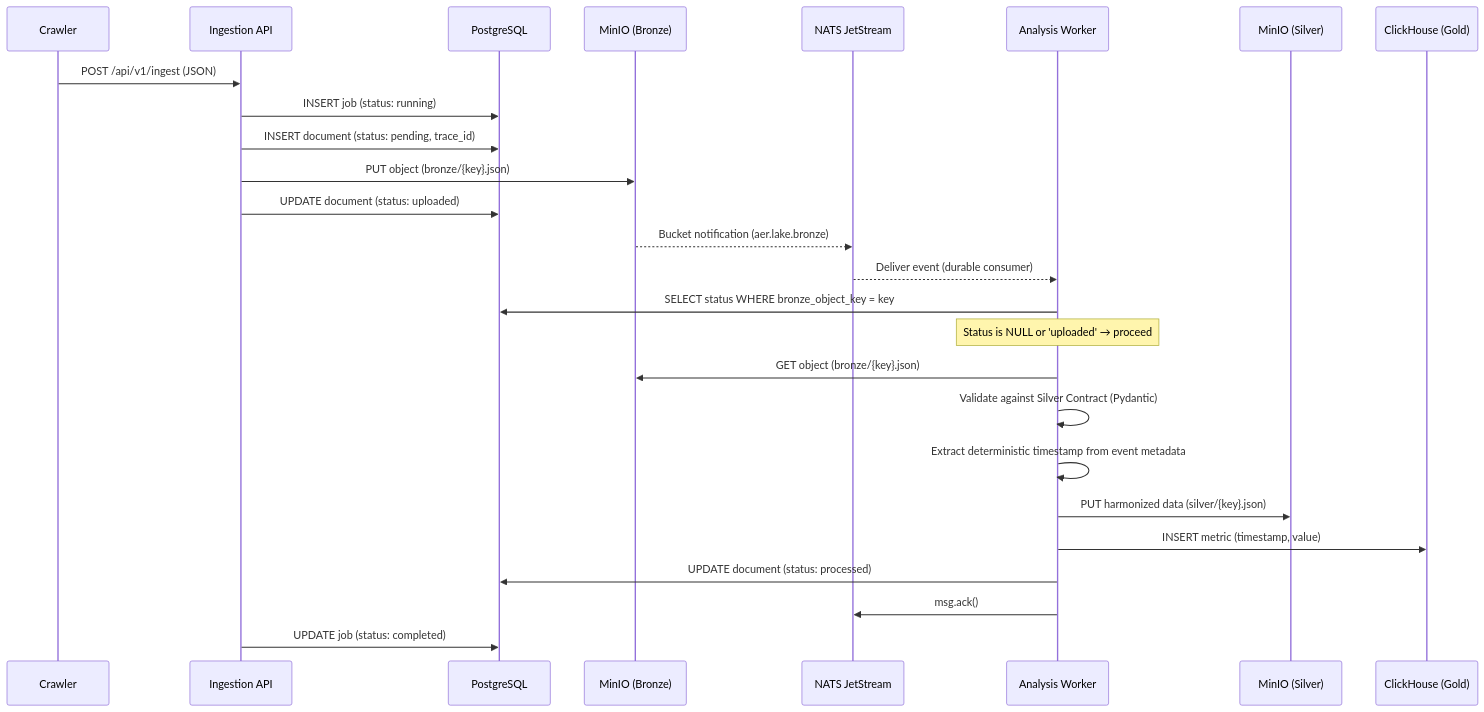
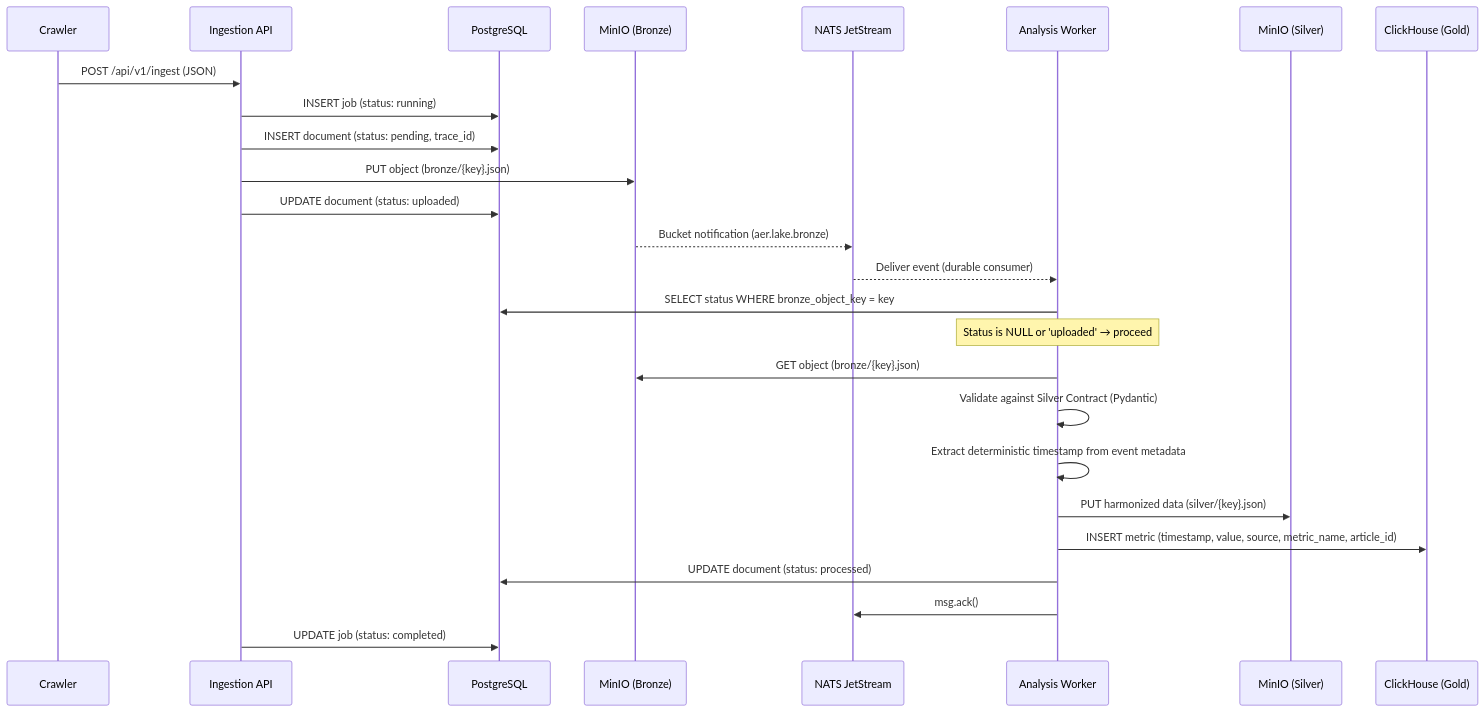
Before and after one commit to frogfromlake/aer: the first of 2 diagrams in docs/arc42/06_runtime_view.md, drawn with Mermaid. The commit also changed other lines of this file and 6 other files, not shown here.

````diff
--- a/docs/arc42/06_runtime_view.md
+++ b/docs/arc42/06_runtime_view.md
@@ -9,29 +9,29 @@
 ```mermaid
 sequenceDiagram
     participant C as Crawler
     participant I as Ingestion API
     participant PG as PostgreSQL
     participant M as MinIO (Bronze)
     participant N as NATS JetStream
     participant W as Analysis Worker
     participant MS as MinIO (Silver)
     participant CH as ClickHouse (Gold)
 
     C->>I: POST /api/v1/ingest (JSON)
     I->>PG: INSERT job (status: running)
     I->>PG: INSERT document (status: pending, trace_id)
     I->>M: PUT object (bronze/{key}.json)
     I->>PG: UPDATE document (status: uploaded)
     M-->>N: Bucket notification (aer.lake.bronze)
     N-->>W: Deliver event (durable consumer)
     W->>PG: SELECT status WHERE bronze_object_key = key
     Note over W: Status is NULL or 'uploaded' → proceed
     W->>M: GET object (bronze/{key}.json)
     W->>W: Validate against Silver Contract (Pydantic)
     W->>W: Extract deterministic timestamp from event metadata
     W->>MS: PUT harmonized data (silver/{key}.json)
-    W->>CH: INSERT metric (timestamp, value)
+    W->>CH: INSERT metric (timestamp, value, source, metric_name, article_id)
     W->>PG: UPDATE document (status: processed)
     W->>N: msg.ack()
     I->>PG: UPDATE job (status: completed)
 ```
````
